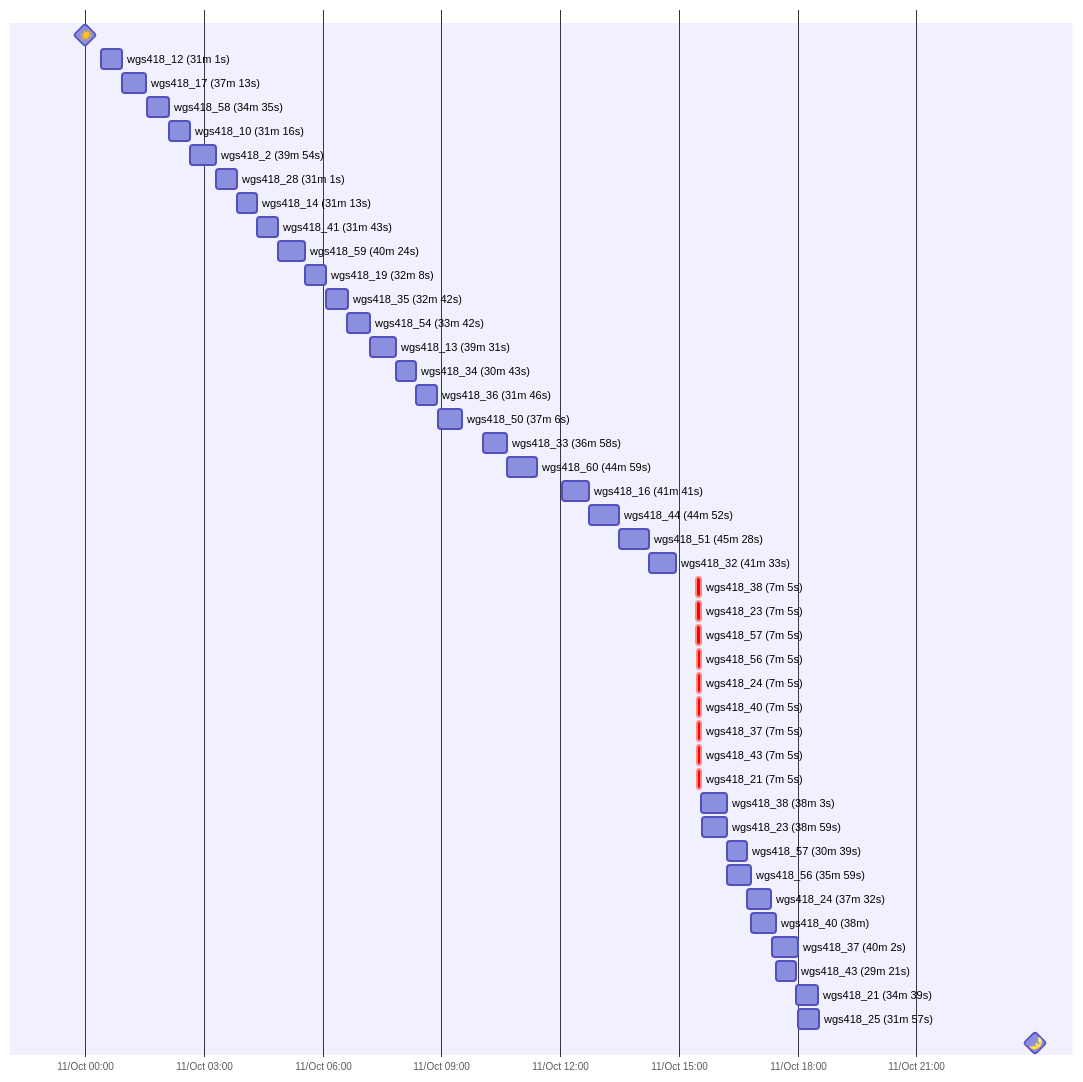
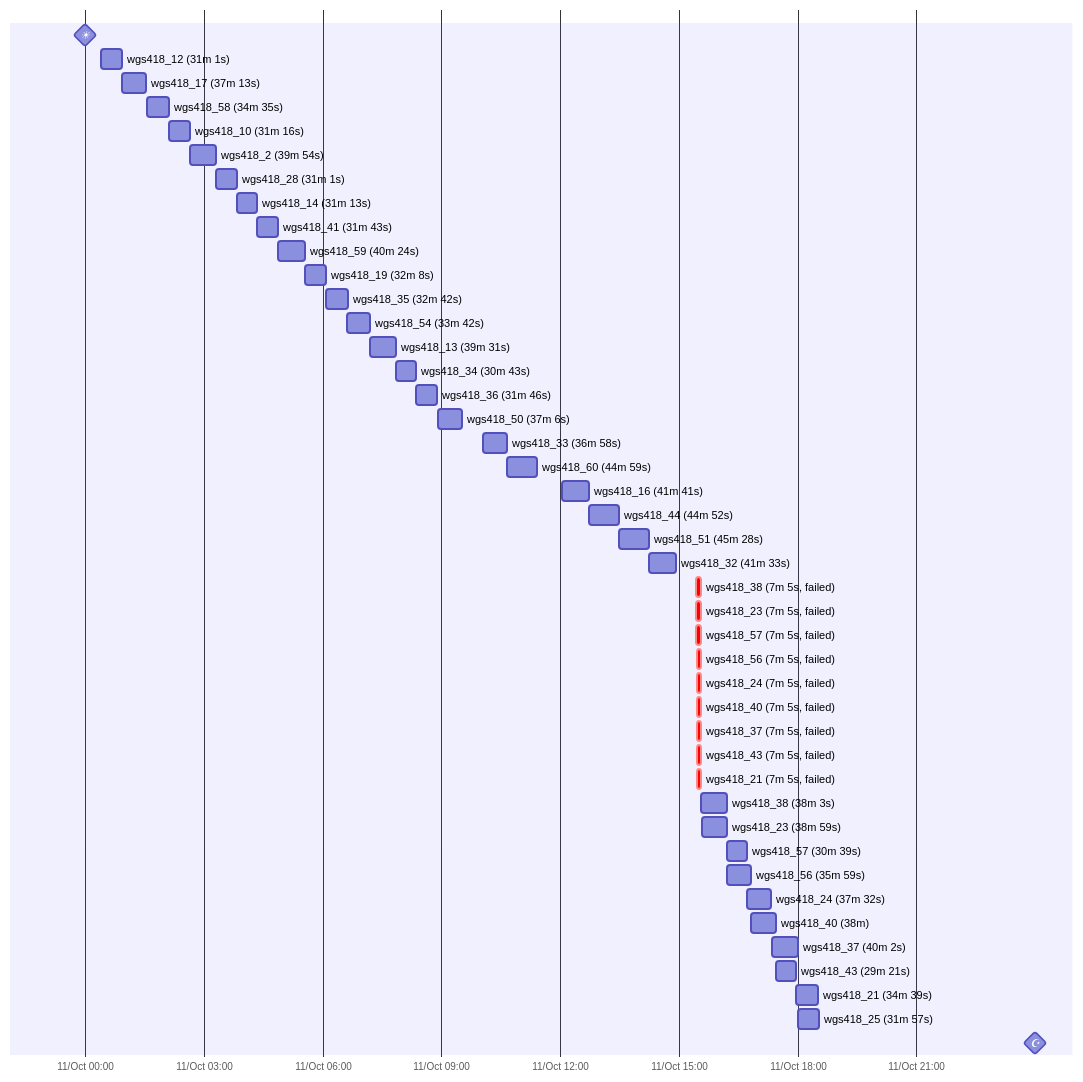
The sixth of 13 diagrams in projects/wgs_upscale/wgs_upscaling_bioinf_pipeline.qmd (xuyangy/website), drawn with Mermaid before and after one commit. The commit also changed other lines of this file and 1 other file, not shown here.

````diff
--- a/projects/wgs_upscale/wgs_upscaling_bioinf_pipeline.qmd
+++ b/projects/wgs_upscale/wgs_upscaling_bioinf_pipeline.qmd
@@ -171,56 +448,56 @@
 ```{mermaid}
 ---
 config:
   themeCSS: '
     rect#start {fill: #00FF00; stroke: #00FF00;}
     rect#end {fill: #FF0000; stroke: #FF0000;}
     .grid .tick {stroke: grey; opacity: 0.7;}
   '
 ---
 gantt
 dateFormat YYYY-MM-DD HH:mm:ss.SSS
 axisFormat %d/%b %H:%M
-☀️ : milestone, start, 2024-10-11 00:00:00.000, 0d
+☀: milestone, start, 2024-10-11 00:00:00.000, 0d
 wgs418_12 (31m 1s): 2024-10-11 00:24:57.798,2024-10-11 00:55:47.861
 wgs418_17 (37m 13s): 2024-10-11 00:55:53.641,2024-10-11 01:33:03.707
 wgs418_58 (34m 35s): 2024-10-11 01:33:33.508,2024-10-11 02:07:28.627
 wgs418_10 (31m 16s): 2024-10-11 02:07:48.762,2024-10-11 02:39:03.864
 wgs418_2 (39m 54s): 2024-10-11 02:39:03.781,2024-10-11 03:18:38.846
 wgs418_28 (31m 1s): 2024-10-11 03:19:10.487,2024-10-11 03:49:45.637
 wgs418_14 (31m 13s): 2024-10-11 03:49:40.512,2024-10-11 04:20:55.566
 wgs418_41 (31m 43s): 2024-10-11 04:21:05.627,2024-10-11 04:52:40.669
 wgs418_59 (40m 24s): 2024-10-11 04:52:42.723,2024-10-11 05:33:22.805
 wgs418_19 (32m 8s): 2024-10-11 05:33:08.295,2024-10-11 06:05:43.342
 wgs418_35 (32m 42s): 2024-10-11 06:05:54.960,2024-10-11 06:37:55.015
 wgs418_54 (33m 42s): 2024-10-11 06:37:53.247,2024-10-11 07:11:48.373
 wgs418_13 (39m 31s): 2024-10-11 07:12:08.798,2024-10-11 07:51:08.854
 wgs418_34 (30m 43s): 2024-10-11 07:51:14.392,2024-10-11 08:22:09.435
 wgs418_36 (31m 46s): 2024-10-11 08:22:19.203,2024-10-11 08:53:39.251
 wgs418_50 (37m 6s): 2024-10-11 08:54:24.281,2024-10-11 09:30:59.417
 wgs418_33 (36m 58s): 2024-10-11 10:03:37.020,2024-10-11 10:39:52.084
 wgs418_60 (44m 59s): 2024-10-11 10:39:51.746,2024-10-11 11:25:16.821
 wgs418_16 (41m 41s): 2024-10-11 12:02:17.011,2024-10-11 12:44:02.077
 wgs418_44 (44m 52s): 2024-10-11 12:44:22.181,2024-10-11 13:29:02.340
 wgs418_51 (45m 28s): 2024-10-11 13:29:06.517,2024-10-11 14:14:41.592
 wgs418_32 (41m 33s): 2024-10-11 14:14:27.425,2024-10-11 14:55:57.494
-wgs418_38 (7m 5s): crit, 2024-10-11 15:26:47.890,2024-10-11 15:33:52.898
-wgs418_23 (7m 5s): crit, 2024-10-11 15:26:49.670,2024-10-11 15:33:54.691
-wgs418_57 (7m 5s): crit, 2024-10-11 15:26:49.910,2024-10-11 15:33:54.942
-wgs418_56 (7m 5s): crit, 2024-10-11 15:26:56.506,2024-10-11 15:34:01.531
-wgs418_24 (7m 5s): crit, 2024-10-11 15:26:58.376,2024-10-11 15:34:03.388
-wgs418_40 (7m 5s): crit, 2024-10-11 15:26:59.629,2024-10-11 15:34:04.636
-wgs418_37 (7m 5s): crit, 2024-10-11 15:27:01.986,2024-10-11 15:34:06.997
-wgs418_43 (7m 5s): crit, 2024-10-11 15:27:13.990,2024-10-11 15:34:19.005
-wgs418_21 (7m 5s): crit, 2024-10-11 15:27:14.794,2024-10-11 15:34:19.798
+wgs418_38 (7m 5s, failed): crit, 2024-10-11 15:26:47.890,2024-10-11 15:33:52.898
+wgs418_23 (7m 5s, failed): crit, 2024-10-11 15:26:49.670,2024-10-11 15:33:54.691
+wgs418_57 (7m 5s, failed): crit, 2024-10-11 15:26:49.910,2024-10-11 15:33:54.942
+wgs418_56 (7m 5s, failed): crit, 2024-10-11 15:26:56.506,2024-10-11 15:34:01.531
+wgs418_24 (7m 5s, failed): crit, 2024-10-11 15:26:58.376,2024-10-11 15:34:03.388
+wgs418_40 (7m 5s, failed): crit, 2024-10-11 15:26:59.629,2024-10-11 15:34:04.636
+wgs418_37 (7m 5s, failed): crit, 2024-10-11 15:27:01.986,2024-10-11 15:34:06.997
+wgs418_43 (7m 5s, failed): crit, 2024-10-11 15:27:13.990,2024-10-11 15:34:19.005
+wgs418_21 (7m 5s, failed): crit, 2024-10-11 15:27:14.794,2024-10-11 15:34:19.798
 wgs418_38 (38m 3s): 2024-10-11 15:33:57.887,2024-10-11 16:12:22.960
 wgs418_23 (38m 59s): 2024-10-11 15:34:29.669,2024-10-11 16:13:44.855
 wgs418_57 (30m 39s): 2024-10-11 16:12:34.992,2024-10-11 16:42:55.043
 wgs418_56 (35m 59s): 2024-10-11 16:13:26.587,2024-10-11 16:49:31.658
 wgs418_24 (37m 32s): 2024-10-11 16:42:48.506,2024-10-11 17:20:23.643
 wgs418_40 (38m): 2024-10-11 16:49:29.757,2024-10-11 17:27:34.825
 wgs418_37 (40m 2s): 2024-10-11 17:20:47.213,2024-10-11 18:00:22.364
 wgs418_43 (29m 21s): 2024-10-11 17:28:09.193,2024-10-11 17:56:59.424
 wgs418_21 (34m 39s): 2024-10-11 17:57:20.055,2024-10-11 18:31:35.121
 wgs418_25 (31m 57s): 2024-10-11 18:00:16.227,2024-10-11 18:32:41.280
-🌛: milestone, end, 2024-10-11 23:59:59.999, 0d
+☪: milestone, end, 2024-10-11 23:59:59.999, 0d
 ```
````
